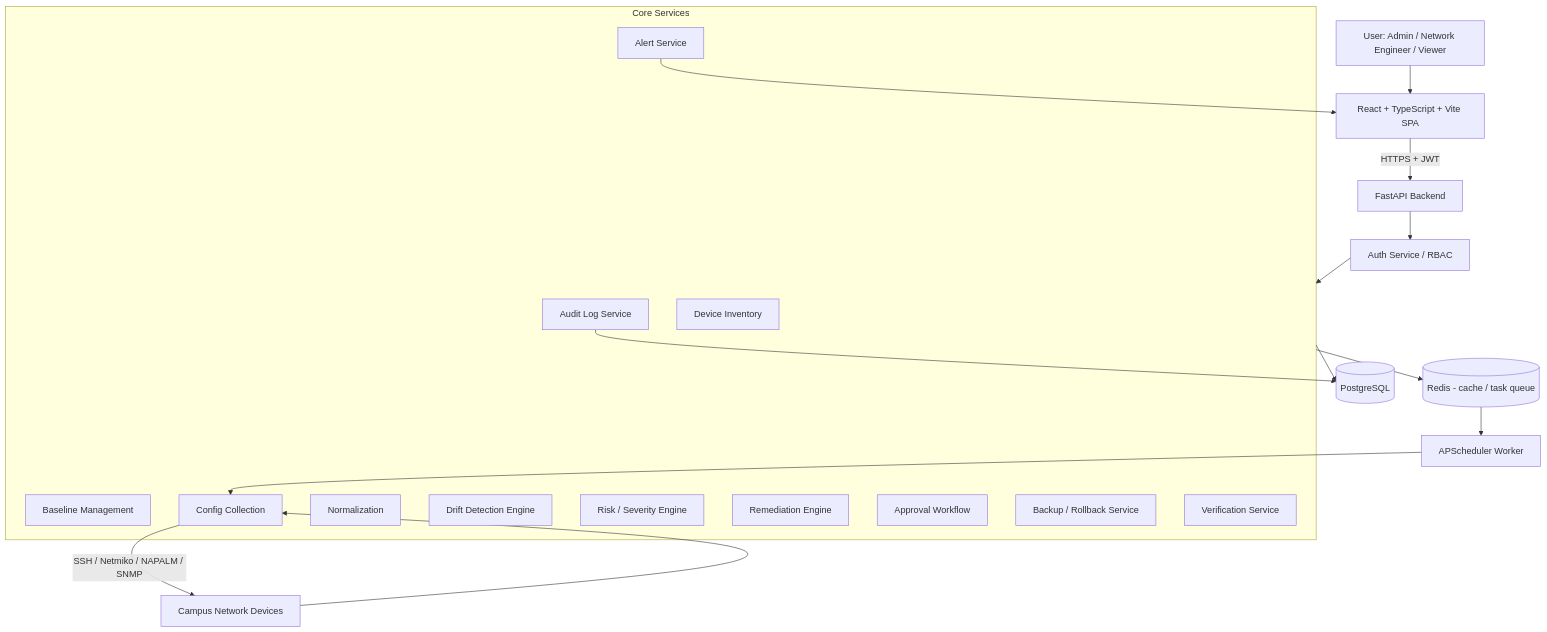
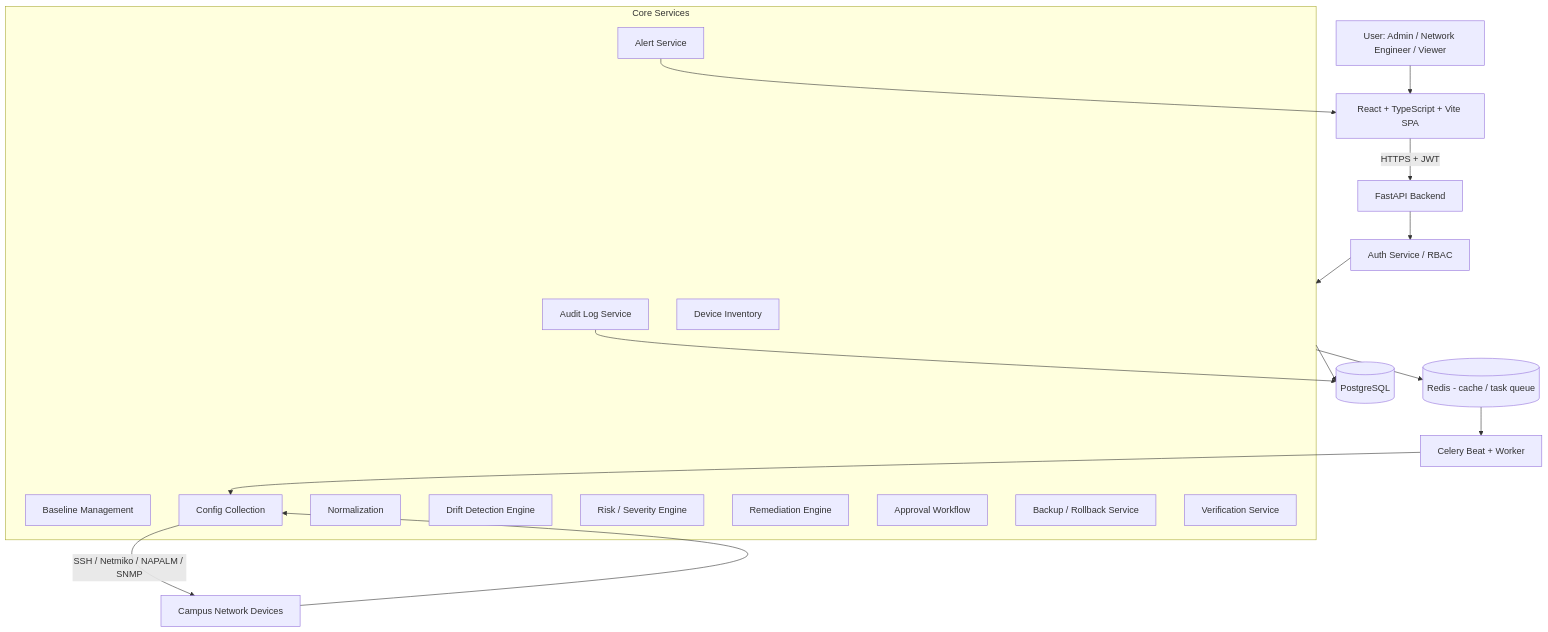
The first of 7 diagrams in docs/architecture.md (NitikasriJeyanAchary0109/campus-drift), drawn with Mermaid before and after one commit. The commit also changed other lines of this file and 296 other files, not shown here.

````diff
--- a/docs/architecture.md
+++ b/docs/architecture.md
@@ -18,33 +18,33 @@
 ```mermaid
 flowchart TD
     U[User: Admin / Network Engineer / Viewer] --> FE[React + TypeScript + Vite SPA]
     FE -->|HTTPS + JWT| GW[FastAPI Backend]
     GW --> AUTH[Auth Service / RBAC]
     AUTH --> CORE[Core Services Layer]
 
     subgraph CORE[Core Services]
         DEV[Device Inventory]
         BASE[Baseline Management]
         COLL[Config Collection]
         NORM[Normalization]
         DRIFT[Drift Detection Engine]
         RISK[Risk / Severity Engine]
         REM[Remediation Engine]
         APPR[Approval Workflow]
         BAK[Backup / Rollback Service]
         VER[Verification Service]
         ALERT[Alert Service]
         AUD[Audit Log Service]
     end
 
     CORE --> DB[(PostgreSQL)]
     CORE --> REDIS[(Redis - cache / task queue)]
-    SCHED[APScheduler Worker] --> COLL
+    SCHED[Celery Beat + Worker] --> COLL
     REDIS --> SCHED
 
     COLL -->|SSH / Netmiko / NAPALM / SNMP| NET[Campus Network Devices]
     NET --> COLL
 
     ALERT --> FE
     AUD --> DB
 ```
````
